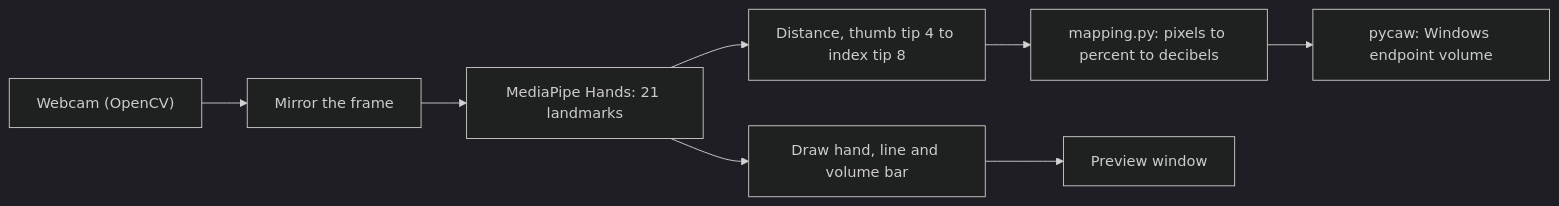
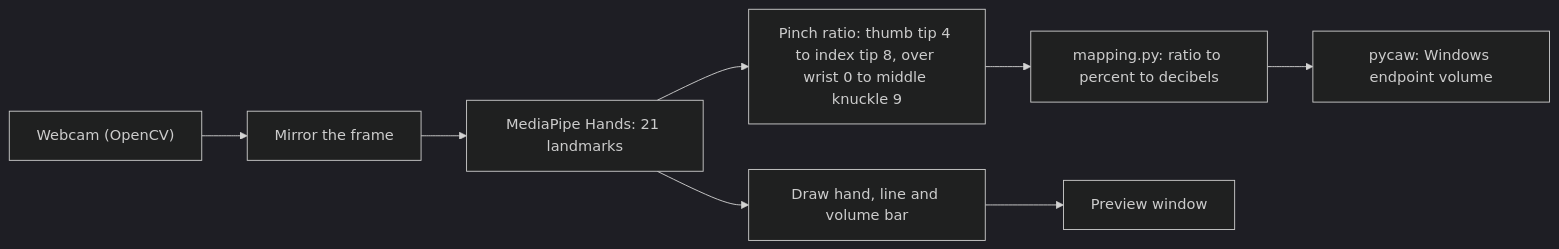
The first of 2 diagrams in README.md (A-RYAN-1/hand-gesture-volume-control), drawn with Mermaid (dark theme) before and after one commit. The commit also changed other lines of this file and 6 other files, not shown here.

First line of the commit message:
Normalise the pinch distance by hand size (#1)

````diff
--- a/README.md
+++ b/README.md
@@ -90,10 +90,10 @@
 ```mermaid
 flowchart LR
     Cam["Webcam (OpenCV)"] --> Flip["Mirror the frame"]
     Flip --> MP["MediaPipe Hands: 21 landmarks"]
-    MP --> Dist["Distance, thumb tip 4 to index tip 8"]
-    Dist --> Map["mapping.py: pixels to percent to decibels"]
+    MP --> Dist["Pinch ratio: thumb tip 4 to index tip 8, over wrist 0 to middle knuckle 9"]
+    Dist --> Map["mapping.py: ratio to percent to decibels"]
     Map --> Audio["pycaw: Windows endpoint volume"]
     MP --> Draw["Draw hand, line and volume bar"]
     Draw --> Win["Preview window"]
 ```
````
